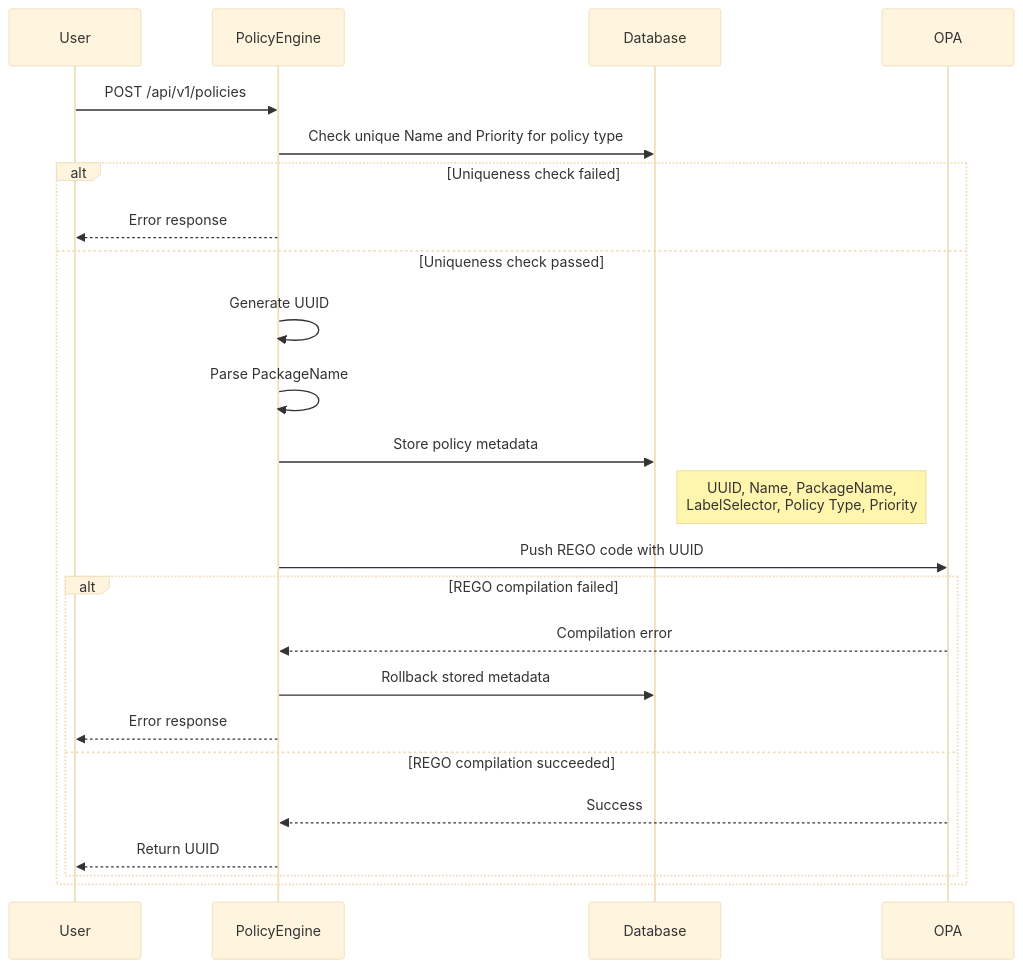
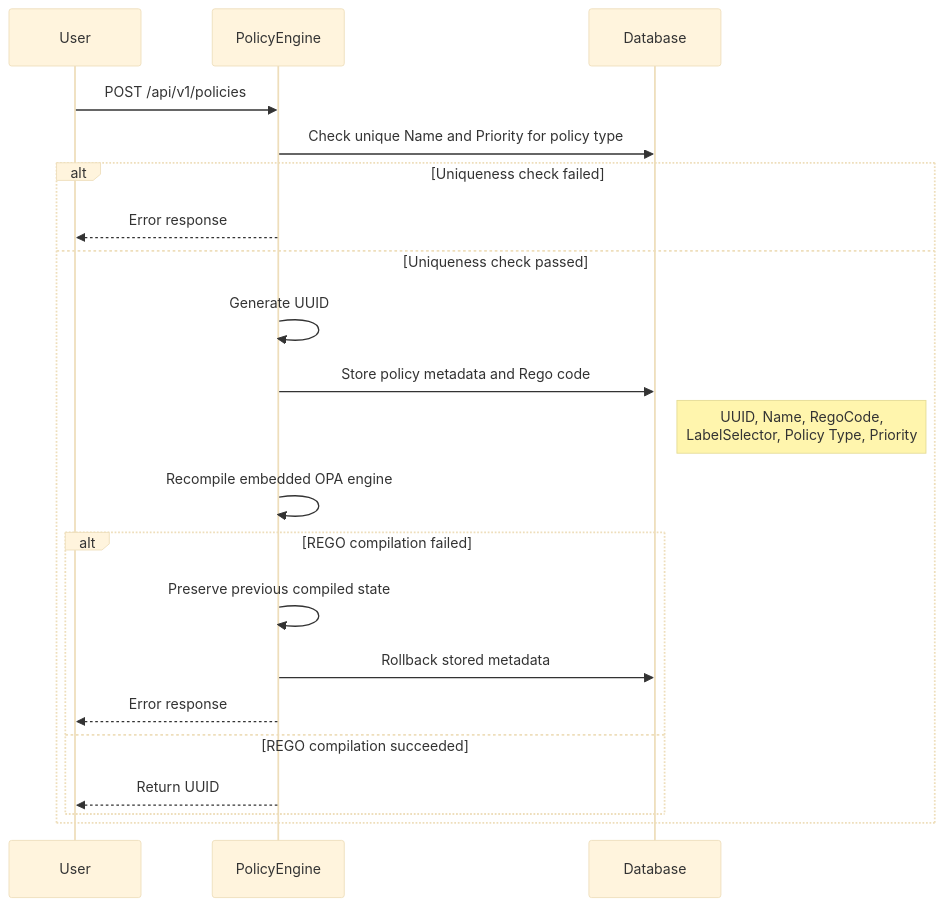
The first of 2 diagrams in enhancements/policy-engine/policy-engine.md (dcm-project/enhancements), drawn with Mermaid (base theme) before and after one commit. The commit also changed other lines of this file, not shown here.

First line of the commit message:
docs(policy-engine): update ADR to reflect embedded OPA engine

````diff
--- a/enhancements/policy-engine/policy-engine.md
+++ b/enhancements/policy-engine/policy-engine.md
@@ -152,27 +159,24 @@
 ```mermaid
 sequenceDiagram
     participant User
     participant PolicyEngine
     participant Database
-    participant OPA
 
     User->>PolicyEngine: POST /api/v1/policies
     PolicyEngine->>Database: Check unique Name and Priority for policy type
     alt Uniqueness check failed
         PolicyEngine-->>User: Error response
     else Uniqueness check passed
         PolicyEngine->>PolicyEngine: Generate UUID
-        PolicyEngine->>PolicyEngine: Parse PackageName
-        PolicyEngine->>Database: Store policy metadata
-        Note right of Database: UUID, Name, PackageName,<br/>LabelSelector, Policy Type, Priority
-        PolicyEngine->>OPA: Push REGO code with UUID
+        PolicyEngine->>Database: Store policy metadata and Rego code
+        Note right of Database: UUID, Name, RegoCode,<br/>LabelSelector, Policy Type, Priority
+        PolicyEngine->>PolicyEngine: Recompile embedded OPA engine
         alt REGO compilation failed
-            OPA-->>PolicyEngine: Compilation error
+            PolicyEngine->>PolicyEngine: Preserve previous compiled state
             PolicyEngine->>Database: Rollback stored metadata
             PolicyEngine-->>User: Error response
         else REGO compilation succeeded
-            OPA-->>PolicyEngine: Success
             PolicyEngine-->>User: Return UUID
         end
     end
 ```
````
